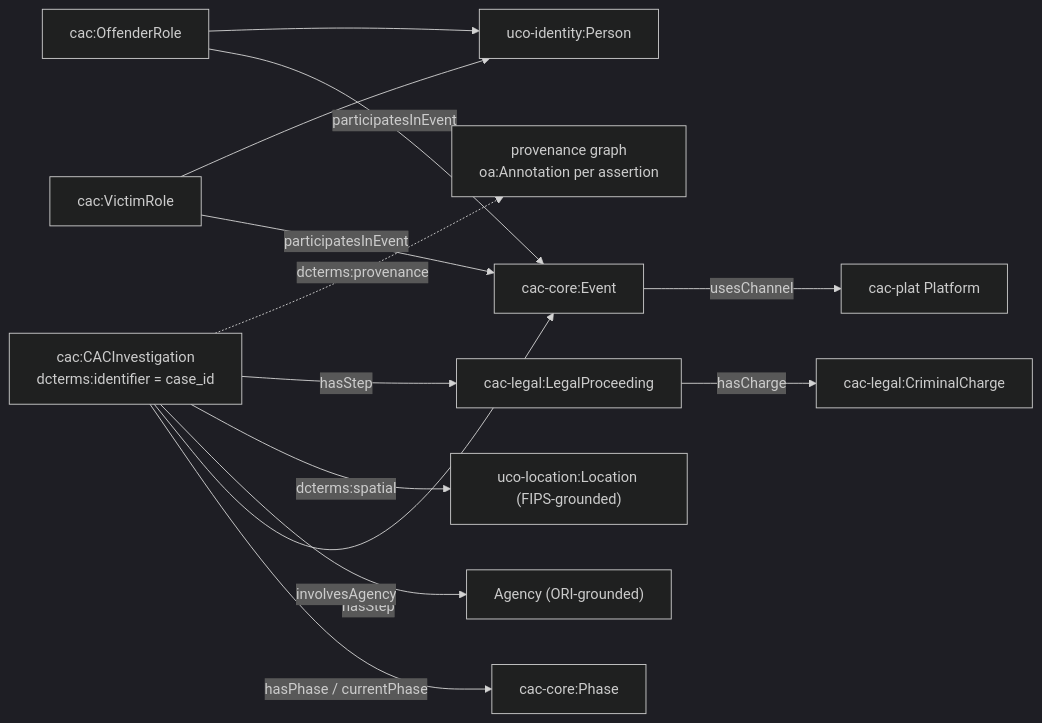
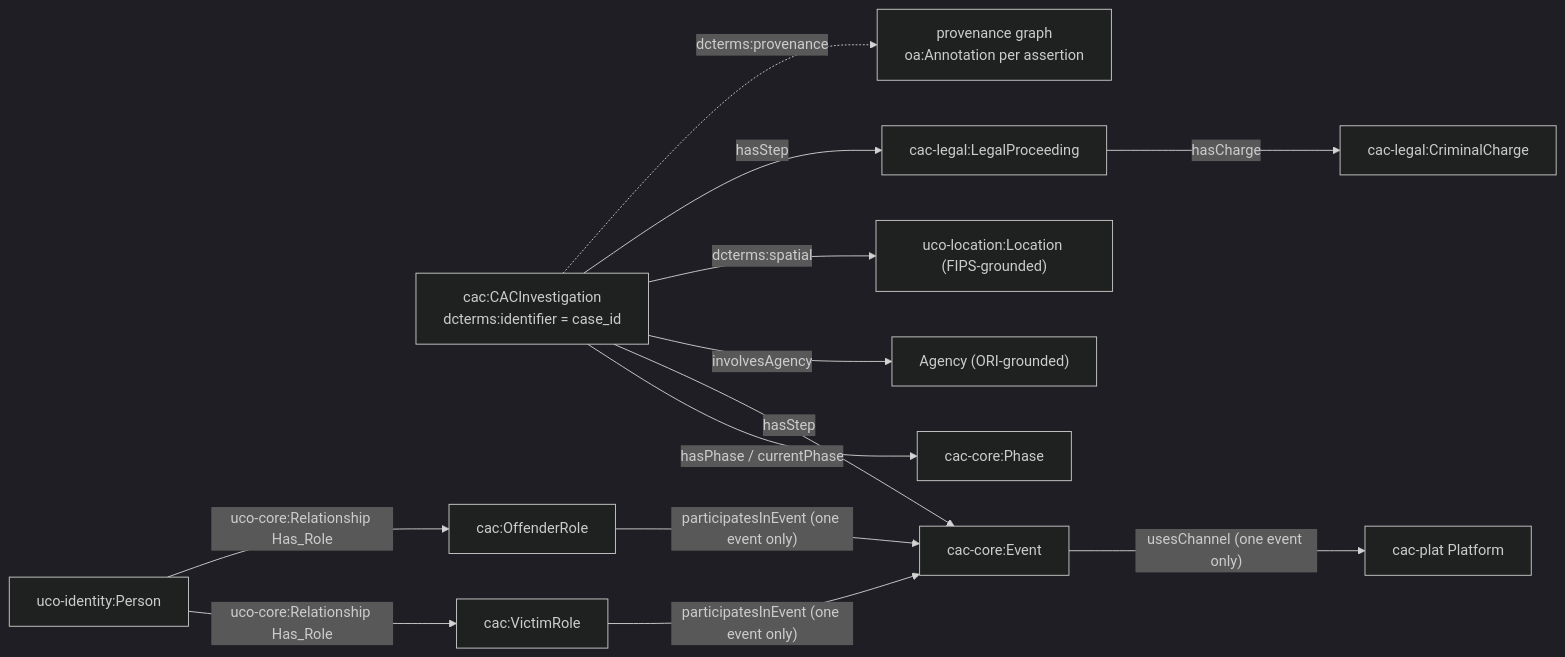
Before and after one commit to mrinaalr/CaseLinker: the fifth of 6 diagrams in ARCHITECTURE.md, drawn with Mermaid (dark theme). The commit also changed other lines of this file and 232 other files, not shown here.

````diff
--- a/ARCHITECTURE.md
+++ b/ARCHITECTURE.md
@@ -355,28 +355,28 @@
 ```mermaid
 flowchart LR
   inv["cac:CACInvestigation<br/>dcterms:identifier = case_id"]
   phase["cac-core:Phase"]
   event["cac-core:Event"]
   plat["cac-plat Platform"]
   agency["Agency (ORI-grounded)"]
   loc["uco-location:Location (FIPS-grounded)"]
   vRole["cac:VictimRole"]
   oRole["cac:OffenderRole"]
   person["uco-identity:Person"]
   charge["cac-legal:CriminalCharge"]
   proc["cac-legal:LegalProceeding"]
   prov["provenance graph<br/>oa:Annotation per assertion"]
 
   inv -->|"hasPhase / currentPhase"| phase
   inv -->|"hasStep"| event
   inv -->|"involvesAgency"| agency
   inv -->|"dcterms:spatial"| loc
-  event -->|"usesChannel"| plat
-  vRole -->|"participatesInEvent"| event
-  oRole -->|"participatesInEvent"| event
-  vRole --> person
-  oRole --> person
+  event -->|"usesChannel (one event only)"| plat
+  vRole -->|"participatesInEvent (one event only)"| event
+  oRole -->|"participatesInEvent (one event only)"| event
+  person -->|"uco-core:Relationship Has_Role"| vRole
+  person -->|"uco-core:Relationship Has_Role"| oRole
   proc -->|"hasCharge"| charge
   inv -->|"hasStep"| proc
   inv -.->|"dcterms:provenance"| prov
 ```
````
